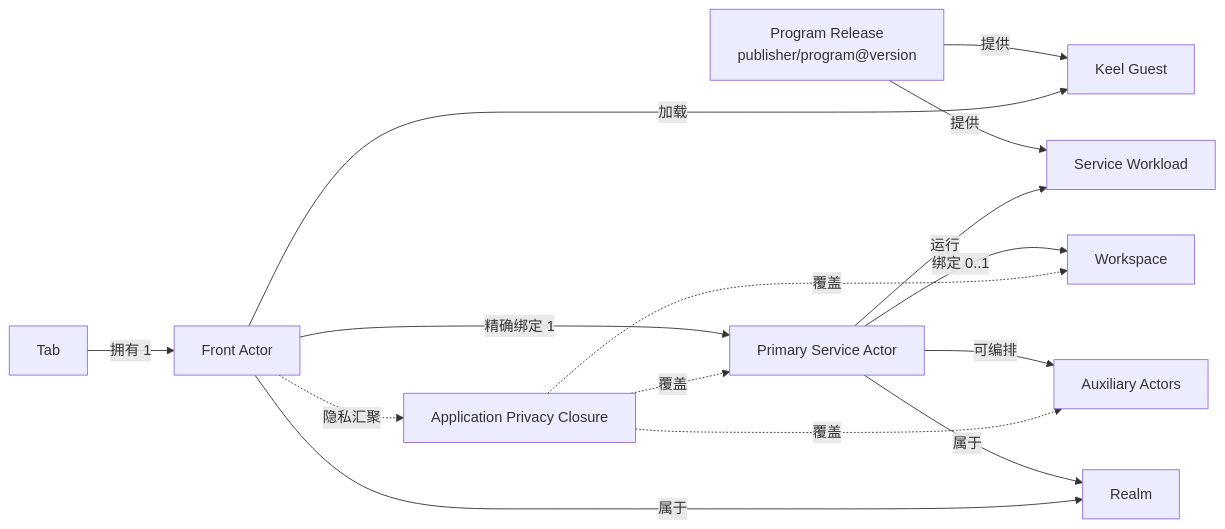
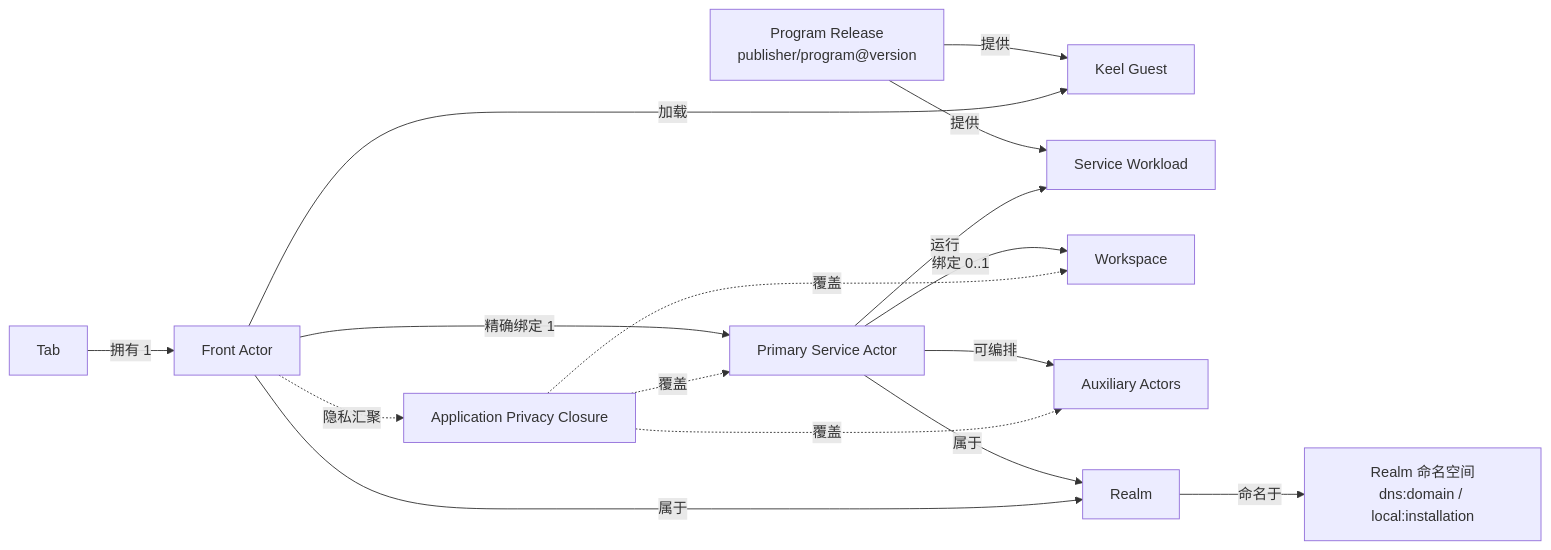
One commit to Actrium/actrium changed the diagram in docs/product/actrium-v1/02-domain-model.zh.md. Above: the diagram before and after it, drawn with Mermaid. The commit also changed other lines of this file and 53 other files, not shown here.

First line of the commit message:
docs: redefine Realm as a per-instance trust domain under a DNS namespace

````diff
--- a/docs/product/actrium-v1/02-domain-model.zh.md
+++ b/docs/product/actrium-v1/02-domain-model.zh.md
@@ -5,17 +5,18 @@
 ```mermaid
 flowchart LR
     P["Program Release<br/>publisher/program@version"] -->|提供| G["Keel Guest"]
     P -->|提供| W["Service Workload"]
     T["Tab"] -->|拥有 1| F["Front Actor"]
     F -->|加载| G
     F -->|精确绑定 1| S["Primary Service Actor"]
     S -->|运行| W
     S -->|绑定 0..1| WS["Workspace"]
     S -->|可编排| A["Auxiliary Actors"]
     S -->|属于| R["Realm"]
     F -->|属于| R
+    R -->|命名于| NS["Realm 命名空间<br/>dns:domain / local:installation"]
     F -.隐私汇聚.-> PRIV["Application Privacy Closure"]
     PRIV -.覆盖.-> S
     PRIV -.覆盖.-> A
     PRIV -.覆盖.-> WS
 ```
````
